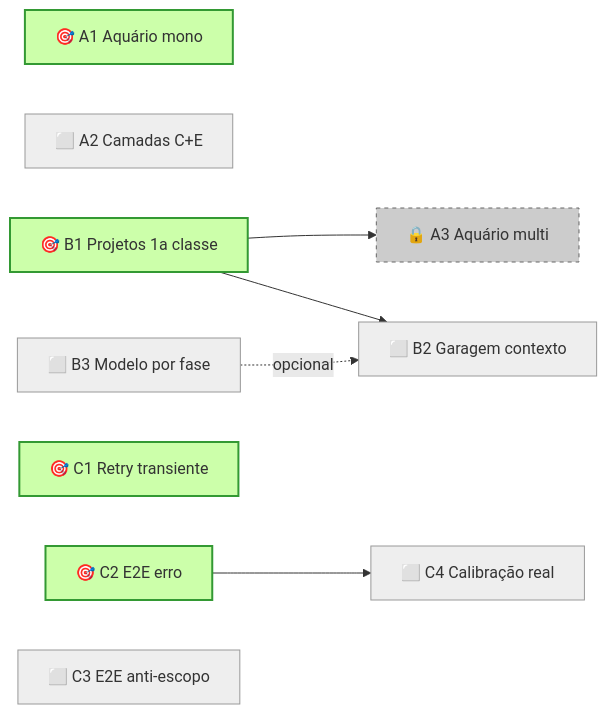
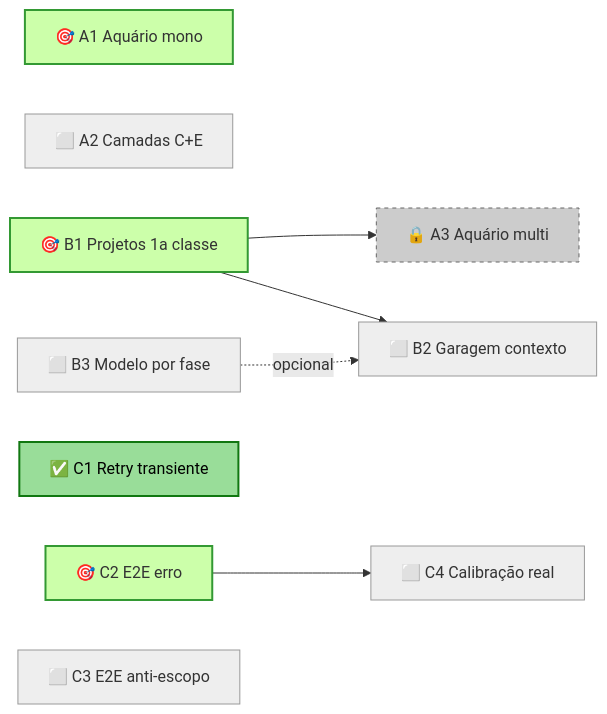
Before and after one commit to x-force-42/mmb-core: the fourth of 4 diagrams in docs/arvore.md, drawn with Mermaid. The commit also changed other lines of this file and 2 other files, not shown here.

````diff
--- a/docs/arvore.md
+++ b/docs/arvore.md
@@ -164,25 +171,26 @@
 ```mermaid
 flowchart LR
   classDef ready  fill:#cfa,stroke:#393,stroke-width:2px
+  classDef done   fill:#9d9,stroke:#171,stroke-width:2px,color:#000
   classDef todo   fill:#eee,stroke:#999
   classDef locked fill:#ccc,stroke:#666,stroke-dasharray:4
 
   A1[🎯 A1 Aquário mono]:::ready
   A2[⬜ A2 Camadas C+E]:::todo
   A3[🔒 A3 Aquário multi]:::locked
 
   B1[🎯 B1 Projetos 1a classe]:::ready
   B2[⬜ B2 Garagem contexto]:::todo
   B3[⬜ B3 Modelo por fase]:::todo
 
-  C1[🎯 C1 Retry transiente]:::ready
+  C1[✅ C1 Retry transiente]:::done
   C2[🎯 C2 E2E erro]:::ready
   C3[⬜ C3 E2E anti-escopo]:::todo
   C4[⬜ C4 Calibração real]:::todo
 
   B1 --> A3
   B1 --> B2
   C2 --> C4
 
   B3 -.opcional.-> B2
 ```
````
